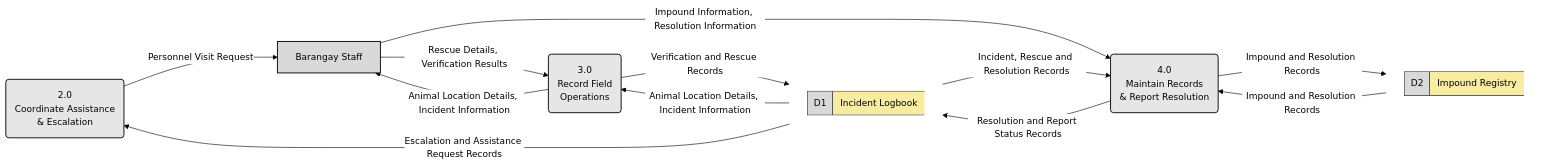
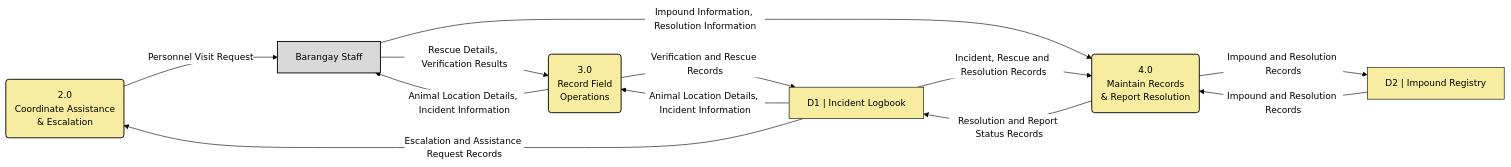
Before and after one commit to Otivz/Straysafe2.0: the fourth of 4 diagrams in docs/DFD/existing/EXISTING_SYSTEM_DFD.md, drawn with Mermaid. The commit also changed other lines of this file and 81 other files, not shown here.

````diff
--- a/docs/DFD/existing/EXISTING_SYSTEM_DFD.md
+++ b/docs/DFD/existing/EXISTING_SYSTEM_DFD.md
@@ -188,45 +193,46 @@
 ```mermaid
 ---
 config:
   theme: base
   htmlLabels: true
   themeVariables:
     background: "#ffffff"
     primaryColor: "#ffffff"
     primaryTextColor: "#000000"
     primaryBorderColor: "#000000"
     lineColor: "#000000"
     textColor: "#000000"
     fontFamily: "Arial, Helvetica, sans-serif"
     fontSize: "15px"
   flowchart:
     curve: basis
     nodeSpacing: 50
     rankSpacing: 80
     useMaxWidth: false
 ---
 flowchart LR
     P2("2.0<br/>Coordinate Assistance<br/>& Escalation"):::proc
     STF["Barangay Staff"]:::ent
     P3("3.0<br/>Record Field<br/>Operations"):::proc
     P4("4.0<br/>Maintain Records<br/>& Report Resolution"):::proc
-    D1["<table style='border-collapse:collapse;border-spacing:0;border:1px solid black;border-right:0;color:black'><tr><td style='border-right:1px solid black;background:rgb(217,217,217);padding:8px 10px;white-space:nowrap'>D1</td><td style='background:rgb(247,236,160);padding:8px 12px;white-space:nowrap'>Incident Logbook</td></tr></table>"]:::store
-    D2["<table style='border-collapse:collapse;border-spacing:0;border:1px solid black;border-right:0;color:black'><tr><td style='border-right:1px solid black;background:rgb(217,217,217);padding:8px 10px;white-space:nowrap'>D2</td><td style='background:rgb(247,236,160);padding:8px 12px;white-space:nowrap'>Impound Registry</td></tr></table>"]:::store
+    D1["D1 | Incident Logbook"]:::store
+    D2["D2 | Impound Registry"]:::store
 
+    %% Plain-label Mermaid preview. Exact editable DFD symbols: ../../drawio/DFD_editable.drawio
     %% Arrows carry data; dashed processes continue on another page.
     P2 -->|"Personnel Visit Request"| STF
     D1 -->|"Animal Location Details, Incident Information"| P3
     P3 -->|"Animal Location Details, Incident Information"| STF
     STF -->|"Rescue Details, Verification Results"| P3
     P3 -->|"Verification and Rescue Records"| D1
     STF -->|"Impound Information, Resolution Information"| P4
     P4 -->|"Impound and Resolution Records"| D2
     D1 -->|"Escalation and Assistance Request Records"| P2
     D1 -->|"Incident, Rescue and Resolution Records"| P4
     D2 -->|"Impound and Resolution Records"| P4
     P4 -->|"Resolution and Report Status Records"| D1
 
     classDef ent fill:#d9d9d9,stroke:#000000,stroke-width:1.5px
-    classDef proc fill:#e6e6e6,stroke:#000000,stroke-width:1.5px
-    classDef store fill:transparent,stroke:none,padding:0px
+    classDef proc fill:#f7eca0,stroke:#000000,stroke-width:1.5px
+    classDef store fill:#f7eca0,stroke:#000000,stroke-width:1px
 ```
````
